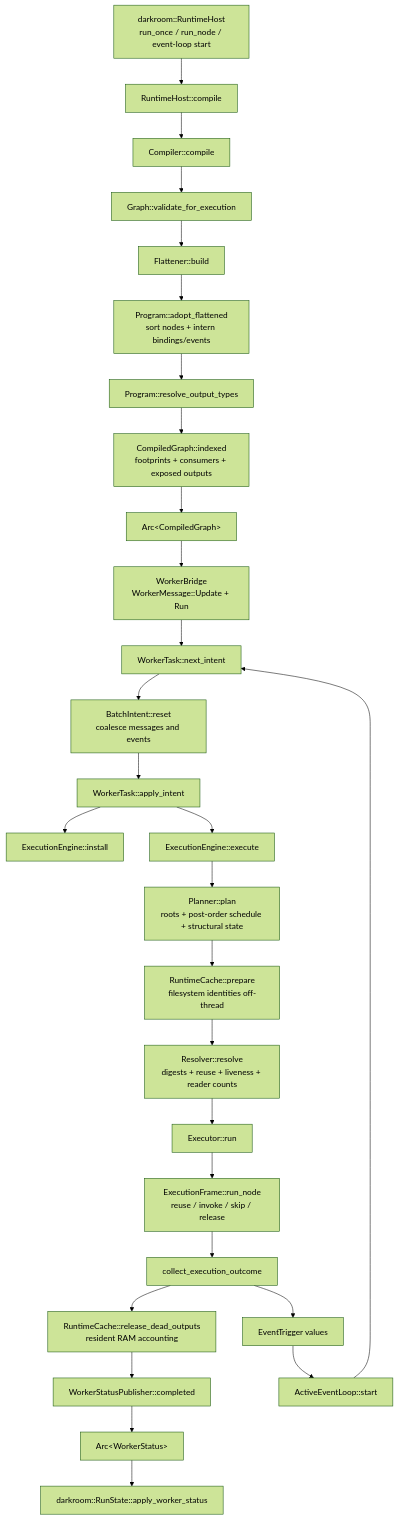
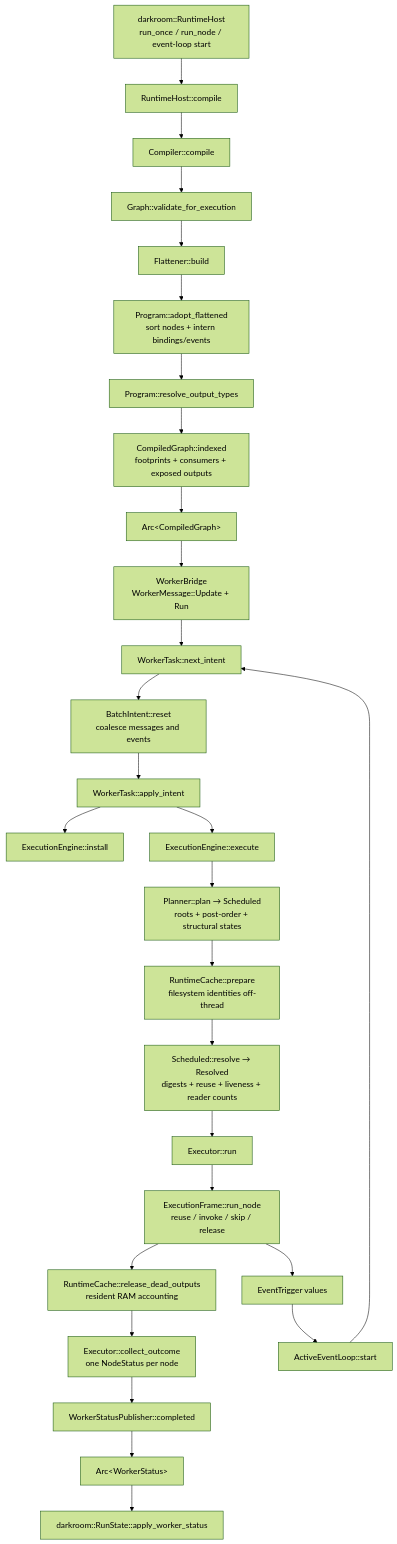
Before and after one commit to xorza/Darkroom: the first of 2 diagrams in .notes/scenarium-analysis.md, drawn with Mermaid (forest theme). The commit also changed other lines of this file and 5 other files, not shown here.

````diff
--- a/.notes/scenarium-analysis.md
+++ b/.notes/scenarium-analysis.md
@@ -45,34 +48,34 @@
 ```mermaid
 flowchart TD
     A["darkroom::RuntimeHost<br/>run_once / run_node / event-loop start"] --> B["RuntimeHost::compile"]
     B --> C["Compiler::compile"]
     C --> C1["Graph::validate_for_execution"]
     C1 --> C2["Flattener::build"]
     C2 --> C3["Program::adopt_flattened<br/>sort nodes + intern bindings/events"]
     C3 --> C4["Program::resolve_output_types"]
     C4 --> C5["CompiledGraph::indexed<br/>footprints + consumers + exposed outputs"]
 
     C5 --> D["Arc&lt;CompiledGraph&gt;"]
     D --> E["WorkerBridge<br/>WorkerMessage::Update + Run"]
     E --> F["WorkerTask::next_intent"]
     F --> G["BatchIntent::reset<br/>coalesce messages and events"]
     G --> H["WorkerTask::apply_intent"]
 
     H --> I["ExecutionEngine::install"]
     H --> J["ExecutionEngine::execute"]
-    J --> J1["Planner::plan<br/>roots + post-order schedule + structural state"]
+    J --> J1["Planner::plan → Scheduled<br/>roots + post-order + structural states"]
     J1 --> J2["RuntimeCache::prepare<br/>filesystem identities off-thread"]
-    J2 --> J3["Resolver::resolve<br/>digests + reuse + liveness + reader counts"]
+    J2 --> J3["Scheduled::resolve → Resolved<br/>digests + reuse + liveness + reader counts"]
     J3 --> J4["Executor::run"]
     J4 --> J5["ExecutionFrame::run_node<br/>reuse / invoke / skip / release"]
-    J5 --> J6["collect_execution_outcome"]
-    J6 --> J7["RuntimeCache::release_dead_outputs<br/>resident RAM accounting"]
+    J5 --> J6["RuntimeCache::release_dead_outputs<br/>resident RAM accounting"]
+    J6 --> J7["Executor::collect_outcome<br/>one NodeStatus per node"]
 
     J7 --> K["WorkerStatusPublisher::completed"]
     K --> L["Arc&lt;WorkerStatus&gt;"]
     L --> M["darkroom::RunState::apply_worker_status"]
 
-    J6 --> N["EventTrigger values"]
+    J5 --> N["EventTrigger values"]
     N --> O["ActiveEventLoop::start"]
     O --> F
 ```
````
